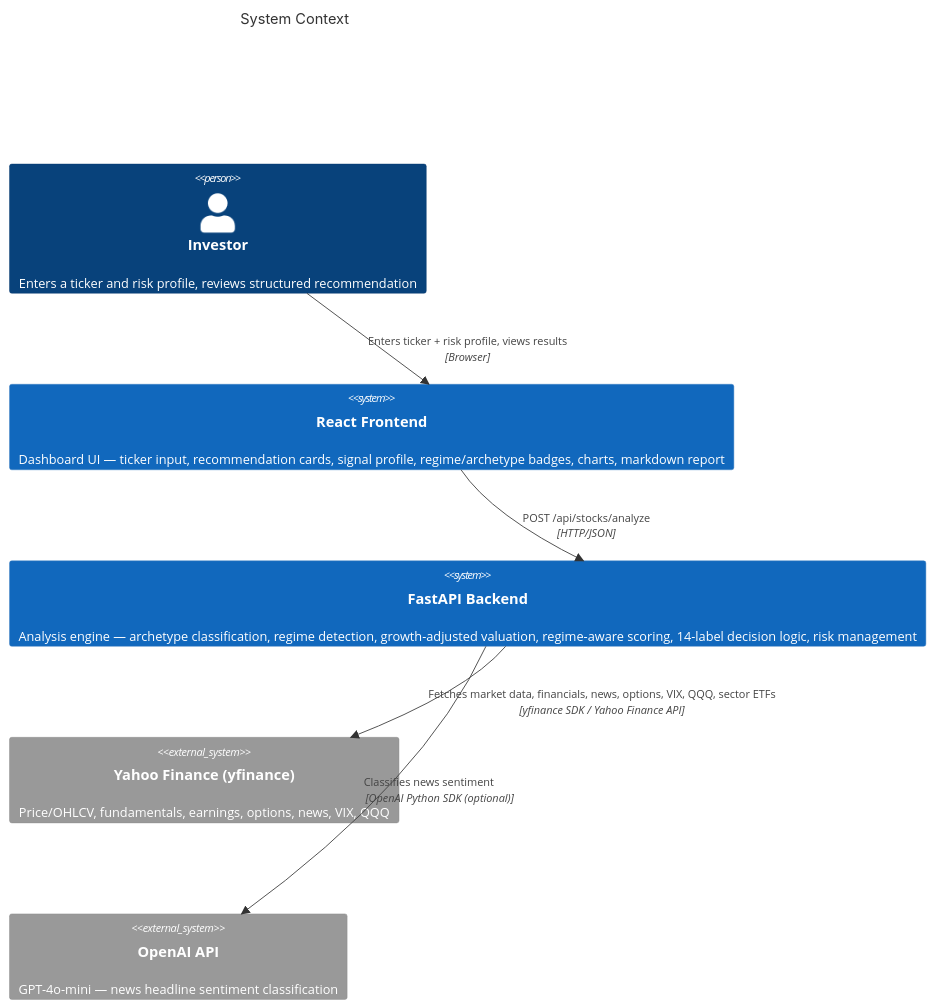
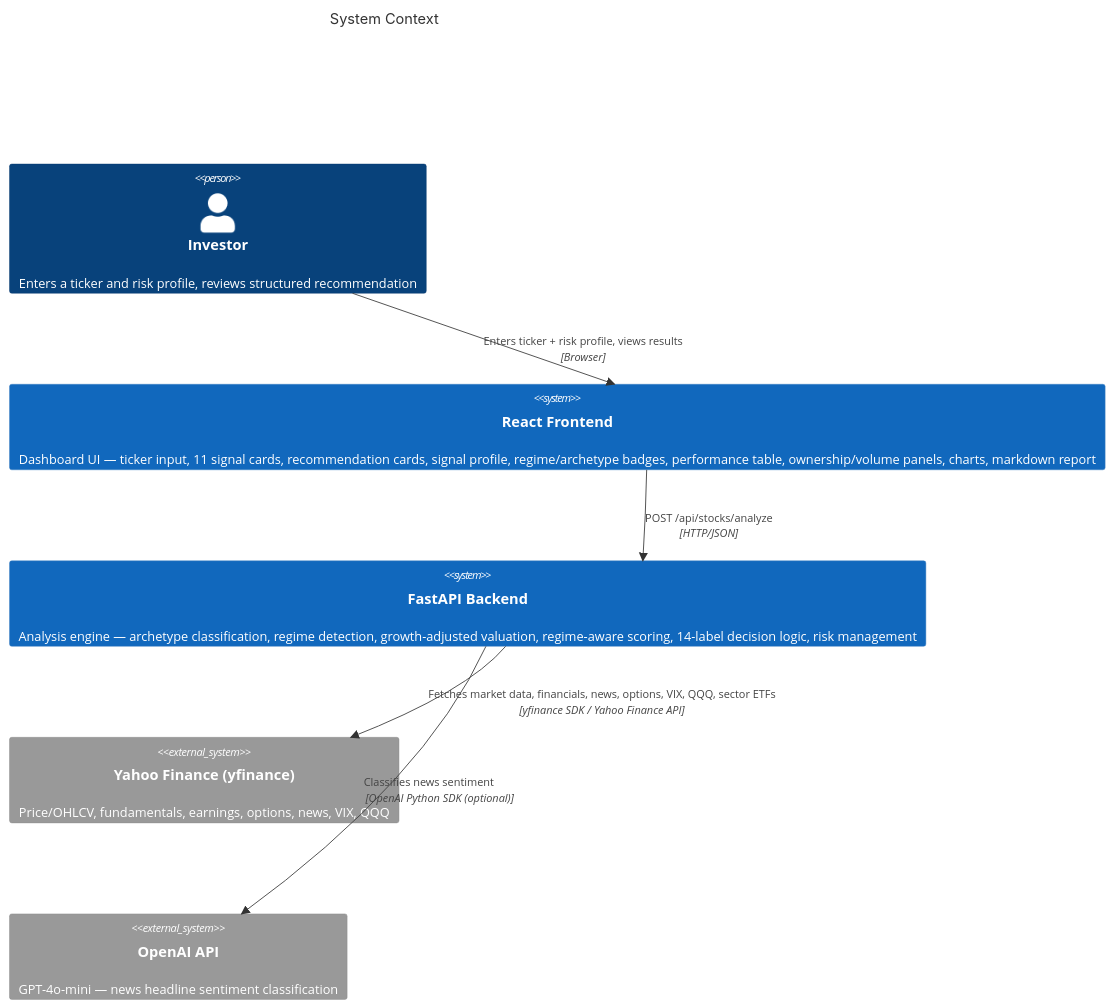
The first of 14 diagrams in HLD.md (krutikpatel/stockBuyDecisioner1), drawn with Mermaid before and after one commit. The commit also changed other lines of this file and 131 other files, not shown here.

````diff
--- a/HLD.md
+++ b/HLD.md
@@ -9,17 +9,17 @@
 ```mermaid
 C4Context
   title System Context
 
   Person(user, "Investor", "Enters a ticker and risk profile, reviews structured recommendation")
 
-  System(frontend, "React Frontend", "Dashboard UI — ticker input, recommendation cards, signal profile, regime/archetype badges, charts, markdown report")
+  System(frontend, "React Frontend", "Dashboard UI — ticker input, 11 signal cards, recommendation cards, signal profile, regime/archetype badges, performance table, ownership/volume panels, charts, markdown report")
   System(backend, "FastAPI Backend", "Analysis engine — archetype classification, regime detection, growth-adjusted valuation, regime-aware scoring, 14-label decision logic, risk management")
 
   System_Ext(yfinance, "Yahoo Finance (yfinance)", "Price/OHLCV, fundamentals, earnings, options, news, VIX, QQQ")
   System_Ext(openai, "OpenAI API", "GPT-4o-mini — news headline sentiment classification")
 
   Rel(user, frontend, "Enters ticker + risk profile, views results", "Browser")
   Rel(frontend, backend, "POST /api/stocks/analyze", "HTTP/JSON")
   Rel(backend, yfinance, "Fetches market data, financials, news, options, VIX, QQQ, sector ETFs", "yfinance SDK / Yahoo Finance API")
   Rel(backend, openai, "Classifies news sentiment", "OpenAI Python SDK (optional)")
 ```
````
